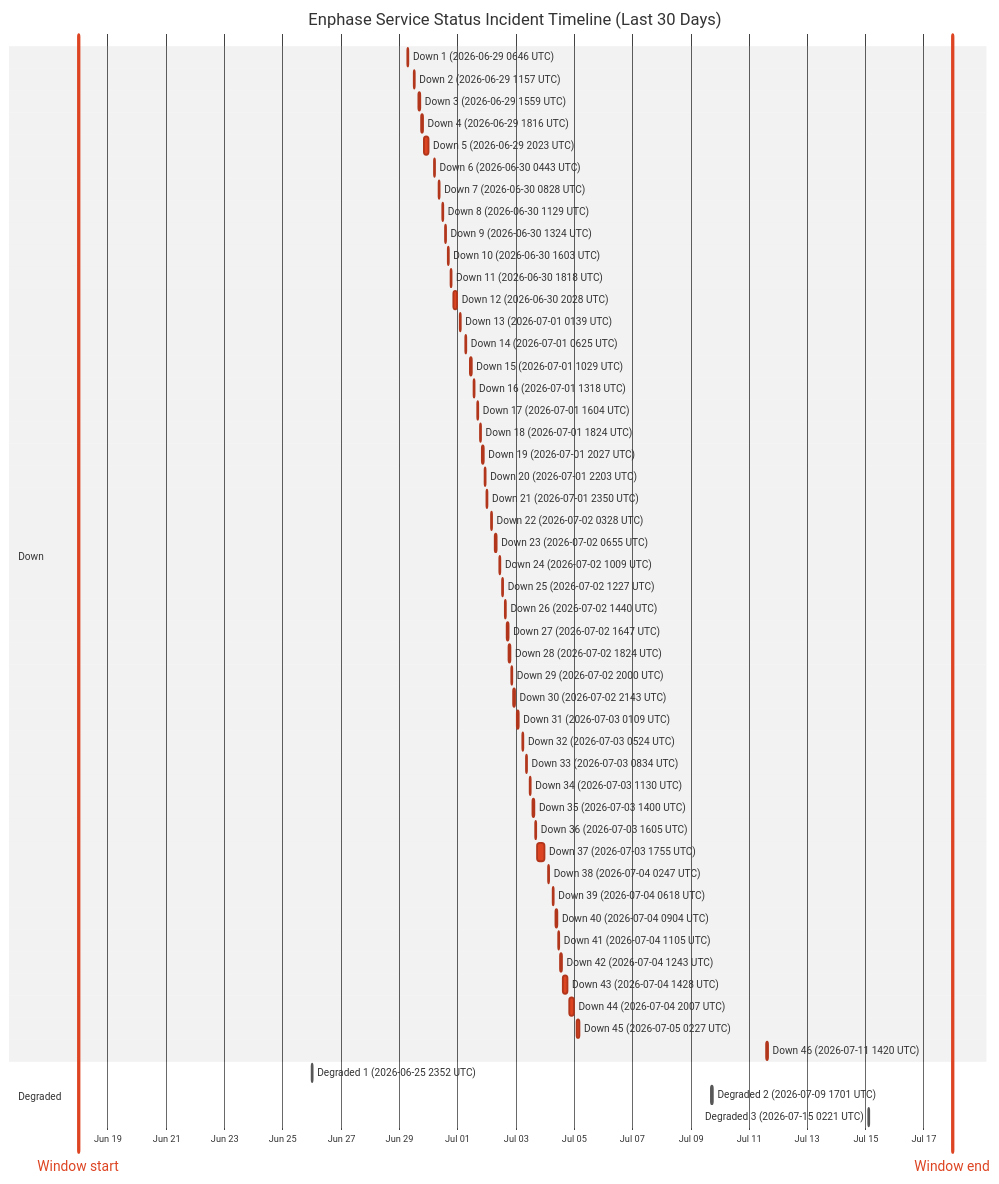
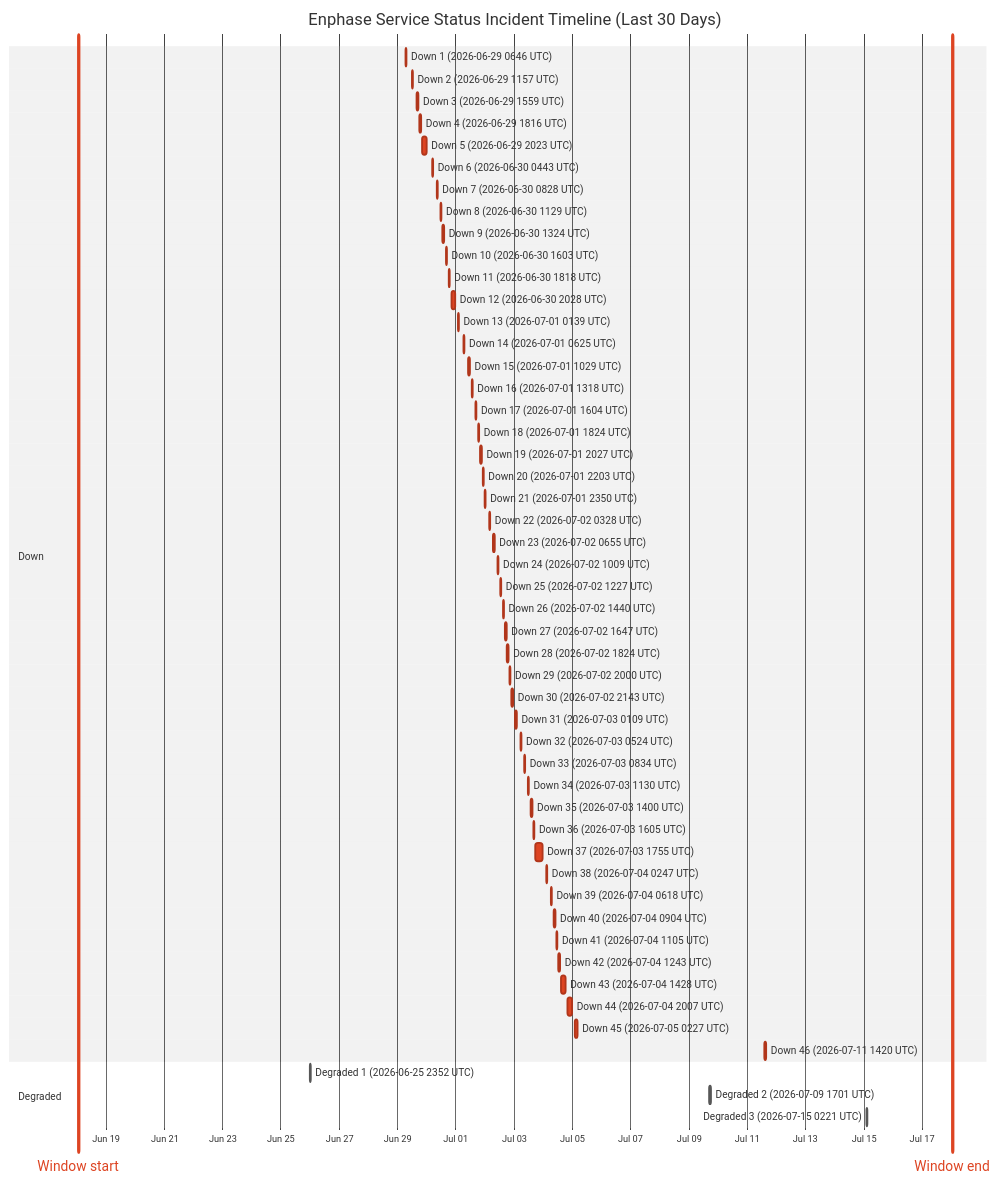
The diagram in wiki/Service-Status-History.md (barneyonline/ha-enphase-energy), drawn with Mermaid (neutral theme) before and after one commit. The commit also changed other lines of this file and 3 other files, not shown here.

````diff
--- a/wiki/Service-Status-History.md
+++ b/wiki/Service-Status-History.md
@@ -14,59 +14,59 @@
 ```mermaid
 gantt
     title Enphase Service Status Incident Timeline (Last 30 Days)
     dateFormat  YYYY-MM-DDTHH:mm:ss
     axisFormat  %b %d
-    Window start :vert, window-start, 2026-06-17T23:23:01, 0ms
-    Window end :vert, window-end, 2026-07-17T23:23:01, 0ms
+    Window start :vert, window-start, 2026-06-18T00:54:08, 0ms
+    Window end :vert, window-end, 2026-07-18T00:54:08, 0ms
     section Down
     Down 1 (2026-06-29 0646 UTC) :crit, down-1, 2026-06-29T06:46:18, 60m
     Down 2 (2026-06-29 1157 UTC) :crit, down-2, 2026-06-29T11:57:36, 60m
     Down 3 (2026-06-29 1559 UTC) :crit, down-3, 2026-06-29T15:59:02, 60m
     Down 4 (2026-06-29 1816 UTC) :crit, down-4, 2026-06-29T18:16:38, 60m
     Down 5 (2026-06-29 2023 UTC) :crit, down-5, 2026-06-29T20:23:16, 220m
     Down 6 (2026-06-30 0443 UTC) :crit, down-6, 2026-06-30T04:43:54, 60m
     Down 7 (2026-06-30 0828 UTC) :crit, down-7, 2026-06-30T08:28:43, 60m
     Down 8 (2026-06-30 1129 UTC) :crit, down-8, 2026-06-30T11:29:15, 60m
     Down 9 (2026-06-30 1324 UTC) :crit, down-9, 2026-06-30T13:24:25, 60m
     Down 10 (2026-06-30 1603 UTC) :crit, down-10, 2026-06-30T16:03:26, 60m
     Down 11 (2026-06-30 1818 UTC) :crit, down-11, 2026-06-30T18:18:39, 60m
     Down 12 (2026-06-30 2028 UTC) :crit, down-12, 2026-06-30T20:28:54, 171m
     Down 13 (2026-07-01 0139 UTC) :crit, down-13, 2026-07-01T01:39:18, 60m
     Down 14 (2026-07-01 0625 UTC) :crit, down-14, 2026-07-01T06:25:35, 60m
     Down 15 (2026-07-01 1029 UTC) :crit, down-15, 2026-07-01T10:29:24, 60m
     Down 16 (2026-07-01 1318 UTC) :crit, down-16, 2026-07-01T13:18:31, 60m
     Down 17 (2026-07-01 1604 UTC) :crit, down-17, 2026-07-01T16:04:29, 60m
     Down 18 (2026-07-01 1824 UTC) :crit, down-18, 2026-07-01T18:24:21, 60m
     Down 19 (2026-07-01 2027 UTC) :crit, down-19, 2026-07-01T20:27:17, 60m
     Down 20 (2026-07-01 2203 UTC) :crit, down-20, 2026-07-01T22:03:46, 60m
     Down 21 (2026-07-01 2350 UTC) :crit, down-21, 2026-07-01T23:50:52, 60m
     Down 22 (2026-07-02 0328 UTC) :crit, down-22, 2026-07-02T03:28:33, 60m
     Down 23 (2026-07-02 0655 UTC) :crit, down-23, 2026-07-02T06:55:07, 60m
     Down 24 (2026-07-02 1009 UTC) :crit, down-24, 2026-07-02T10:09:15, 60m
     Down 25 (2026-07-02 1227 UTC) :crit, down-25, 2026-07-02T12:27:49, 60m
     Down 26 (2026-07-02 1440 UTC) :crit, down-26, 2026-07-02T14:40:53, 60m
     Down 27 (2026-07-02 1647 UTC) :crit, down-27, 2026-07-02T16:47:47, 60m
     Down 28 (2026-07-02 1824 UTC) :crit, down-28, 2026-07-02T18:24:26, 60m
     Down 29 (2026-07-02 2000 UTC) :crit, down-29, 2026-07-02T20:00:57, 60m
     Down 30 (2026-07-02 2143 UTC) :crit, down-30, 2026-07-02T21:43:52, 80m
     Down 31 (2026-07-03 0109 UTC) :crit, down-31, 2026-07-03T01:09:19, 60m
     Down 32 (2026-07-03 0524 UTC) :crit, down-32, 2026-07-03T05:24:23, 60m
     Down 33 (2026-07-03 0834 UTC) :crit, down-33, 2026-07-03T08:34:05, 60m
     Down 34 (2026-07-03 1130 UTC) :crit, down-34, 2026-07-03T11:30:41, 60m
     Down 35 (2026-07-03 1400 UTC) :crit, down-35, 2026-07-03T14:00:48, 60m
     Down 36 (2026-07-03 1605 UTC) :crit, down-36, 2026-07-03T16:05:49, 60m
     Down 37 (2026-07-03 1755 UTC) :crit, down-37, 2026-07-03T17:55:54, 338m
     Down 38 (2026-07-04 0247 UTC) :crit, down-38, 2026-07-04T02:47:22, 60m
     Down 39 (2026-07-04 0618 UTC) :crit, down-39, 2026-07-04T06:18:09, 60m
     Down 40 (2026-07-04 0904 UTC) :crit, down-40, 2026-07-04T09:04:41, 60m
     Down 41 (2026-07-04 1105 UTC) :crit, down-41, 2026-07-04T11:05:21, 60m
     Down 42 (2026-07-04 1243 UTC) :crit, down-42, 2026-07-04T12:43:25, 60m
     Down 43 (2026-07-04 1428 UTC) :crit, down-43, 2026-07-04T14:28:07, 243m
     Down 44 (2026-07-04 2007 UTC) :crit, down-44, 2026-07-04T20:07:50, 206m
     Down 45 (2026-07-05 0227 UTC) :crit, down-45, 2026-07-05T02:27:32, 109m
     Down 46 (2026-07-11 1420 UTC) :crit, down-46, 2026-07-11T14:20:54, 69m
     section Degraded
     Degraded 1 (2026-06-25 2352 UTC) :active, degraded-1, 2026-06-25T23:52:01, 60m
     Degraded 2 (2026-07-09 1701 UTC) :active, degraded-2, 2026-07-09T17:01:02, 60m
     Degraded 3 (2026-07-15 0221 UTC) :active, degraded-3, 2026-07-15T02:21:35, 60m
 ```
````
